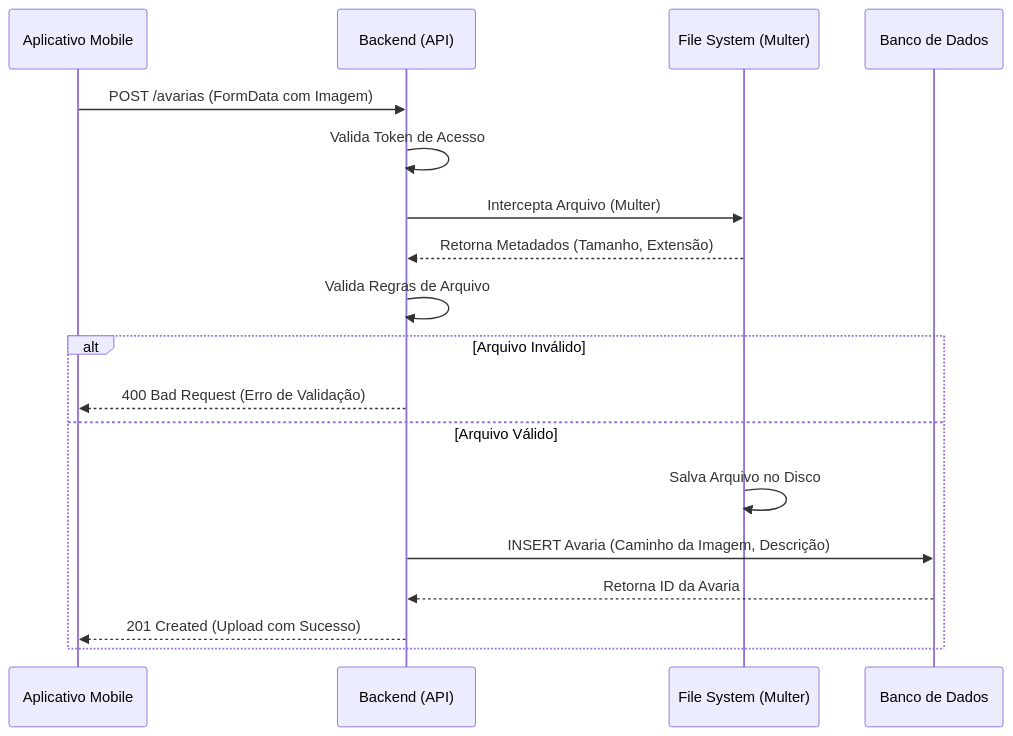
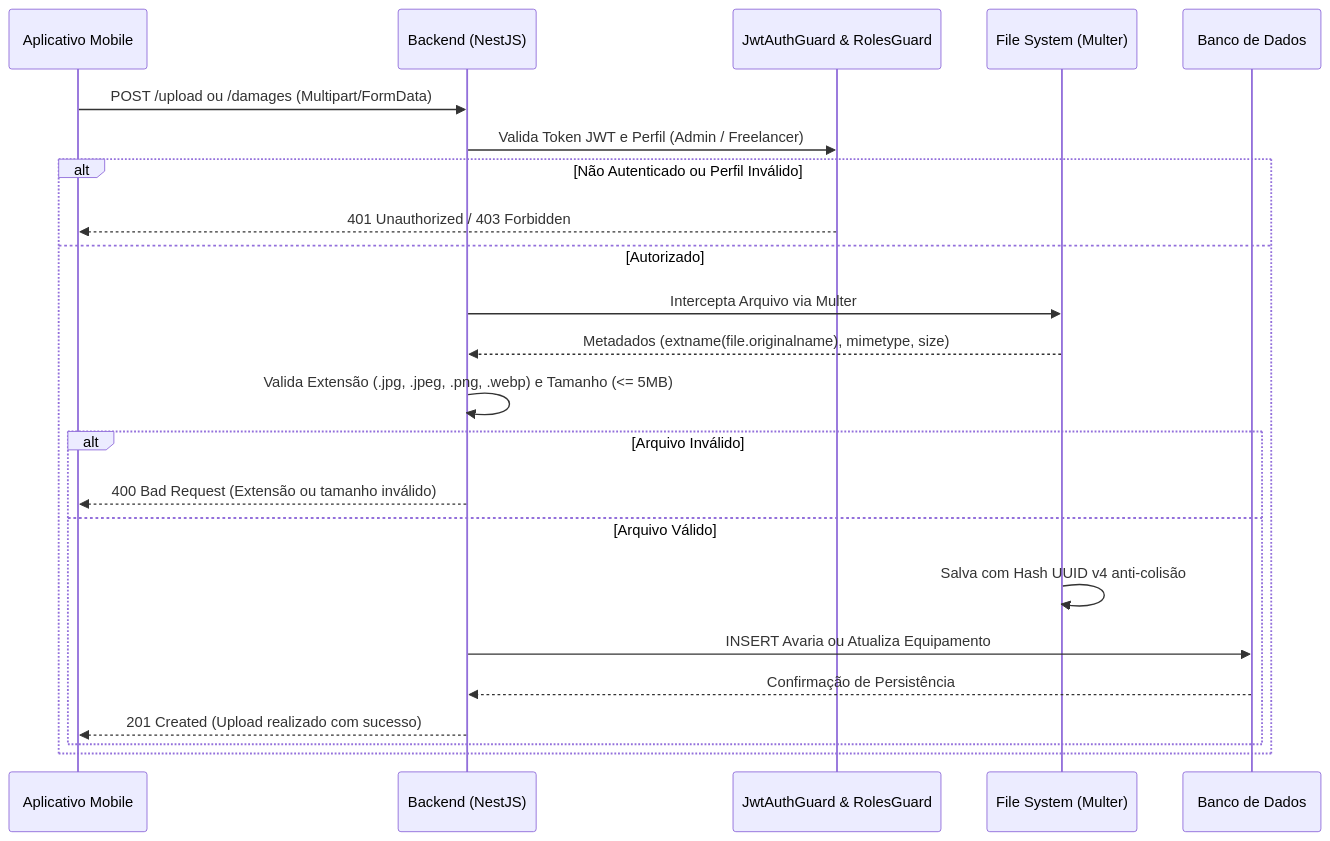
One commit to marchesido/CaseTrack7 changed the seventh of 12 diagrams in diagramas_uml.md. Above: the diagram before and after it, drawn with Mermaid. The commit also changed other lines of this file, not shown here.

Commit message:
docs(uml): sincronizar DER e fluxo de upload com regras e entidades reais

````diff
--- a/diagramas_uml.md
+++ b/diagramas_uml.md
@@ -146,21 +146,26 @@
 ```mermaid
 sequenceDiagram
     participant App as Aplicativo Mobile
-    participant API as Backend (API)
+    participant API as Backend (NestJS)
+    participant Auth as JwtAuthGuard & RolesGuard
     participant FS as File System (Multer)
     participant DB as Banco de Dados
     
-    App->>API: POST /avarias (FormData com Imagem)
-    API->>API: Valida Token de Acesso
-    API->>FS: Intercepta Arquivo (Multer)
-    FS-->>API: Retorna Metadados (Tamanho, Extensão)
-    API->>API: Valida Regras de Arquivo
-    alt Arquivo Inválido
-        API-->>App: 400 Bad Request (Erro de Validação)
-    else Arquivo Válido
-        FS->>FS: Salva Arquivo no Disco
-        API->>DB: INSERT Avaria (Caminho da Imagem, Descrição)
-        DB-->>API: Retorna ID da Avaria
-        API-->>App: 201 Created (Upload com Sucesso)
+    App->>API: POST /upload ou /damages (Multipart/FormData)
+    API->>Auth: Valida Token JWT e Perfil (Admin / Freelancer)
+    alt Não Autenticado ou Perfil Inválido
+        Auth-->>App: 401 Unauthorized / 403 Forbidden
+    else Autorizado
+        API->>FS: Intercepta Arquivo via Multer
+        FS-->>API: Metadados (extname(file.originalname), mimetype, size)
+        API->>API: Valida Extensão (.jpg, .jpeg, .png, .webp) e Tamanho (<= 5MB)
+        alt Arquivo Inválido
+            API-->>App: 400 Bad Request (Extensão ou tamanho inválido)
+        else Arquivo Válido
+            FS->>FS: Salva com Hash UUID v4 anti-colisão
+            API->>DB: INSERT Avaria ou Atualiza Equipamento
+            DB-->>API: Confirmação de Persistência
+            API-->>App: 201 Created (Upload realizado com sucesso)
+        end
     end
 ```
````
